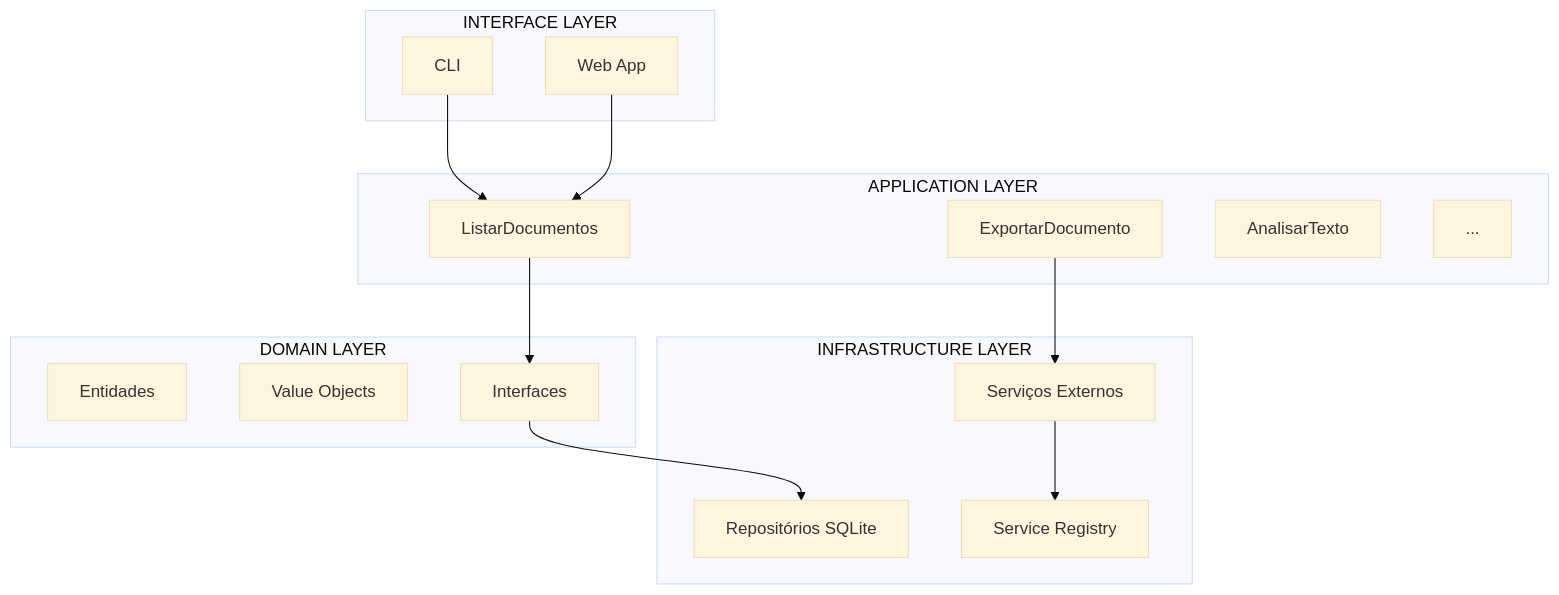
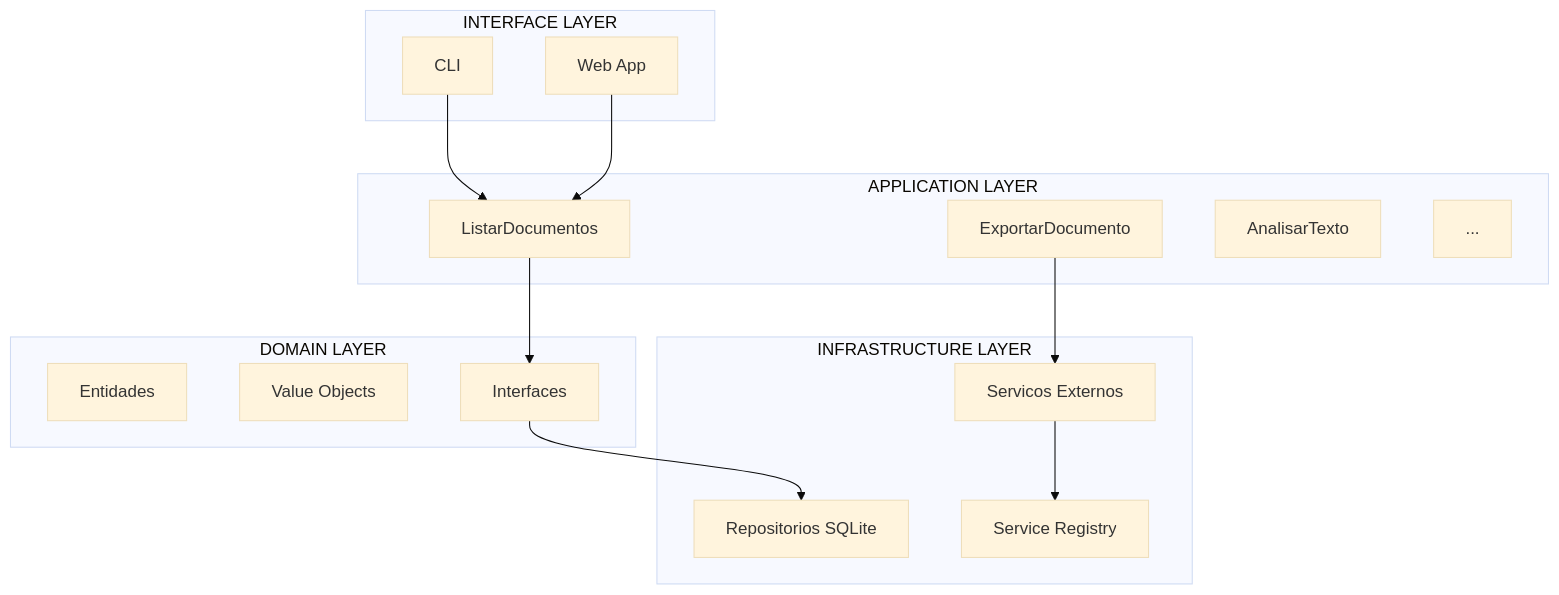
Before and after one commit to rib-thiago/showtrials-tcc: the first of 2 diagrams in docs/projeto/analise_arquitetural.md, drawn with Mermaid (base theme). The commit also changed other lines of this file and 1 other file, not shown here.

````diff
--- a/docs/projeto/analise_arquitetural.md
+++ b/docs/projeto/analise_arquitetural.md
@@ -19,33 +37,33 @@
 ```mermaid
 graph TD
     subgraph "INTERFACE LAYER"
         CLI[CLI]
         WEB[Web App]
     end
 
     subgraph "APPLICATION LAYER"
         UC1[ListarDocumentos]
         UC2[ExportarDocumento]
         UC3[AnalisarTexto]
         UC[...]
     end
 
     subgraph "DOMAIN LAYER"
         ENT[Entidades]
         VO[Value Objects]
         INT[Interfaces]
     end
 
     subgraph "INFRASTRUCTURE LAYER"
-        REP[Repositórios SQLite]
-        EXT[Serviços Externos]
+        REP[Repositorios SQLite]
+        EXT[Servicos Externos]
         REG[Service Registry]
     end
 
     CLI --> UC1
     WEB --> UC1
     UC1 --> INT
     INT --> REP
     UC2 --> EXT
     EXT --> REG
 ```
````
